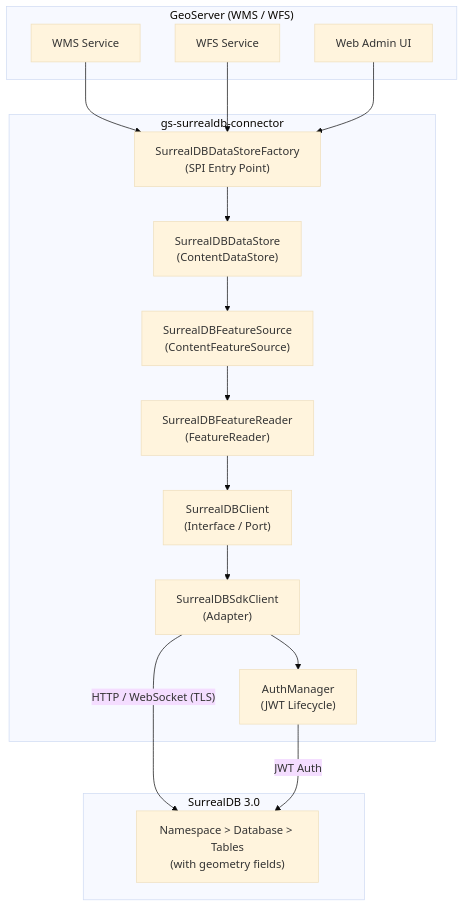
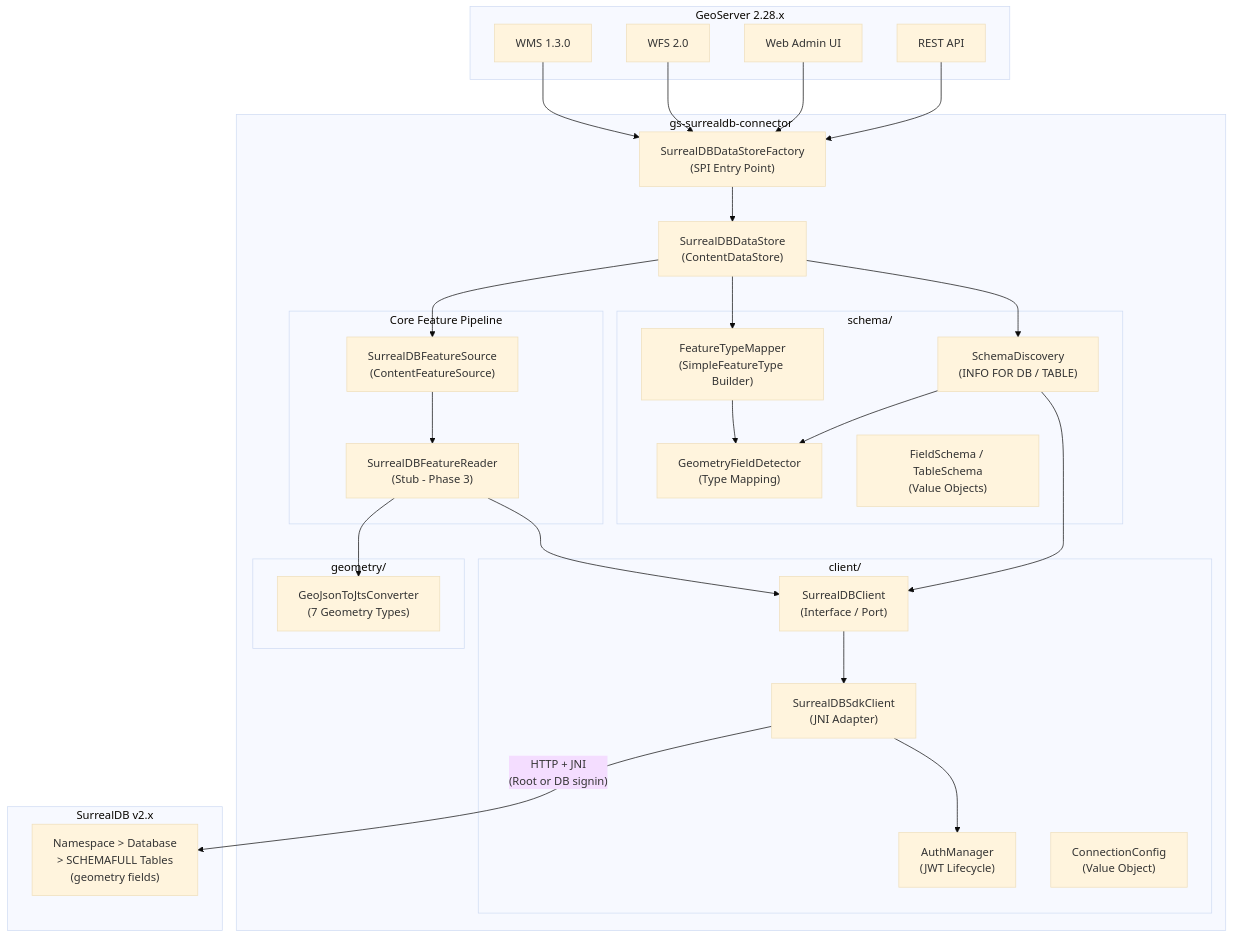
Before and after one commit to nitin84india/surrealdb-geoserver-connector: the first of 5 diagrams in README.md, drawn with Mermaid (base theme). The commit also changed other lines of this file, not shown here.

First line of the commit message:
docs: rewrite README with comprehensive architecture diagrams and deployment guide

````diff
--- a/README.md
+++ b/README.md
@@ -7,34 +7,56 @@
 ```mermaid
 graph TB
-    subgraph GeoServer["GeoServer (WMS / WFS)"]
-        WMS["WMS Service"]
-        WFS["WFS Service"]
+    subgraph GeoServer["GeoServer 2.28.x"]
+        WMS["WMS 1.3.0"]
+        WFS["WFS 2.0"]
         WebAdmin["Web Admin UI"]
+        REST["REST API"]
     end
 
     subgraph Plugin["gs-surrealdb-connector"]
         Factory["SurrealDBDataStoreFactory\n(SPI Entry Point)"]
         DataStore["SurrealDBDataStore\n(ContentDataStore)"]
-        FeatureSource["SurrealDBFeatureSource\n(ContentFeatureSource)"]
-        FeatureReader["SurrealDBFeatureReader\n(FeatureReader)"]
-        ClientInterface["SurrealDBClient\n(Interface / Port)"]
-        SdkClient["SurrealDBSdkClient\n(Adapter)"]
-        AuthMgr["AuthManager\n(JWT Lifecycle)"]
+
+        subgraph Schema["schema/"]
+            Discovery["SchemaDiscovery\n(INFO FOR DB / TABLE)"]
+            Detector["GeometryFieldDetector\n(Type Mapping)"]
+            Mapper["FeatureTypeMapper\n(SimpleFeatureType Builder)"]
+            FieldVO["FieldSchema / TableSchema\n(Value Objects)"]
+        end
+
+        subgraph Core["Core Feature Pipeline"]
+            FeatureSource["SurrealDBFeatureSource\n(ContentFeatureSource)"]
+            FeatureReader["SurrealDBFeatureReader\n(Stub - Phase 3)"]
+        end
+
+        subgraph Geometry["geometry/"]
+            Converter["GeoJsonToJtsConverter\n(7 Geometry Types)"]
+        end
+
+        subgraph Client["client/"]
+            Interface["SurrealDBClient\n(Interface / Port)"]
+            SdkClient["SurrealDBSdkClient\n(JNI Adapter)"]
+            AuthMgr["AuthManager\n(JWT Lifecycle)"]
+            Config["ConnectionConfig\n(Value Object)"]
+        end
     end
 
-    subgraph Database["SurrealDB 3.0"]
-        NS["Namespace > Database > Tables\n(with geometry fields)"]
+    subgraph Database["SurrealDB v2.x"]
+        NS["Namespace > Database\n> SCHEMAFULL Tables\n(geometry fields)"]
     end
 
-    WMS --> Factory
-    WFS --> Factory
-    WebAdmin --> Factory
+    WMS & WFS & WebAdmin & REST --> Factory
     Factory --> DataStore
+    DataStore --> Discovery
+    Discovery --> Interface
+    Discovery --> Detector
+    DataStore --> Mapper
+    Mapper --> Detector
     DataStore --> FeatureSource
     FeatureSource --> FeatureReader
-    FeatureReader --> ClientInterface
-    ClientInterface --> SdkClient
+    FeatureReader --> Interface
+    FeatureReader --> Converter
+    Interface --> SdkClient
     SdkClient --> AuthMgr
-    SdkClient -- "HTTP / WebSocket (TLS)" --> NS
-    AuthMgr -- "JWT Auth" --> NS
+    SdkClient -- "HTTP + JNI\n(Root or DB signin)" --> NS
 ```
````
